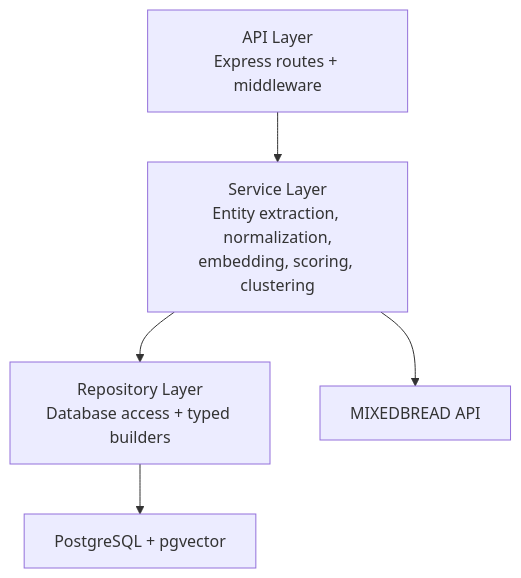
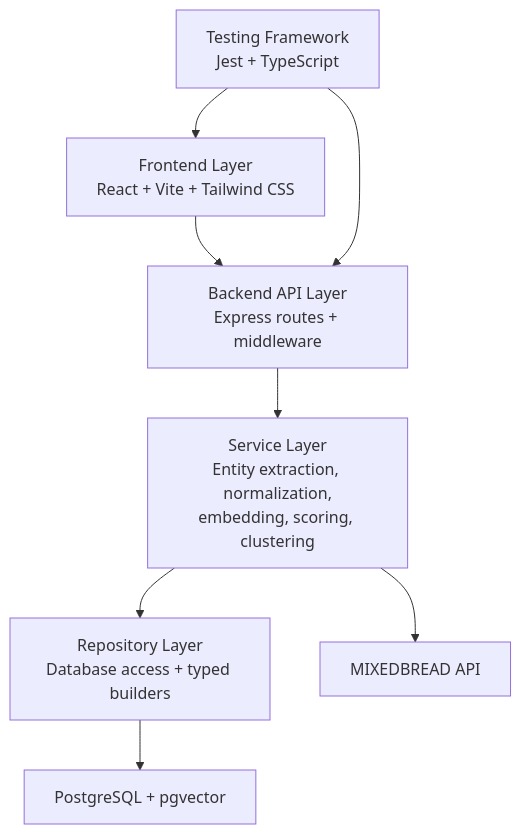
Before and after one commit to vishnusaibhosekar/ares: the second of 9 diagrams in .qoder/repowiki/en/content/Getting Started.md, drawn with Mermaid. The commit also changed other lines of this file and 21 other files, not shown here.

````diff
--- a/.qoder/repowiki/en/content/Getting Started.md
+++ b/.qoder/repowiki/en/content/Getting Started.md
@@ -105,12 +158,17 @@
 ```mermaid
 graph TB
-API["API Layer<br/>Express routes + middleware"]
-SVC["Service Layer<br/>Entity extraction, normalization,<br/>embedding, scoring, clustering"]
-REP["Repository Layer<br/>Database access + typed builders"]
+BACKEND["Backend API Layer<br/>Express routes + middleware"]
+FRONTEND["Frontend Layer<br/>React + Vite + Tailwind CSS"]
+TESTING["Testing Framework<br/>Jest + TypeScript"]
+SERVICE["Service Layer<br/>Entity extraction, normalization,<br/>embedding, scoring, clustering"]
+REPO["Repository Layer<br/>Database access + typed builders"]
 DB["PostgreSQL + pgvector"]
 EMB["MIXEDBREAD API"]
-API --> SVC
-SVC --> REP
-REP --> DB
-SVC --> EMB
+BACKEND --> SERVICE
+SERVICE --> REPO
+REPO --> DB
+SERVICE --> EMB
+FRONTEND --> BACKEND
+TESTING --> BACKEND
+TESTING --> FRONTEND
 ```
````
